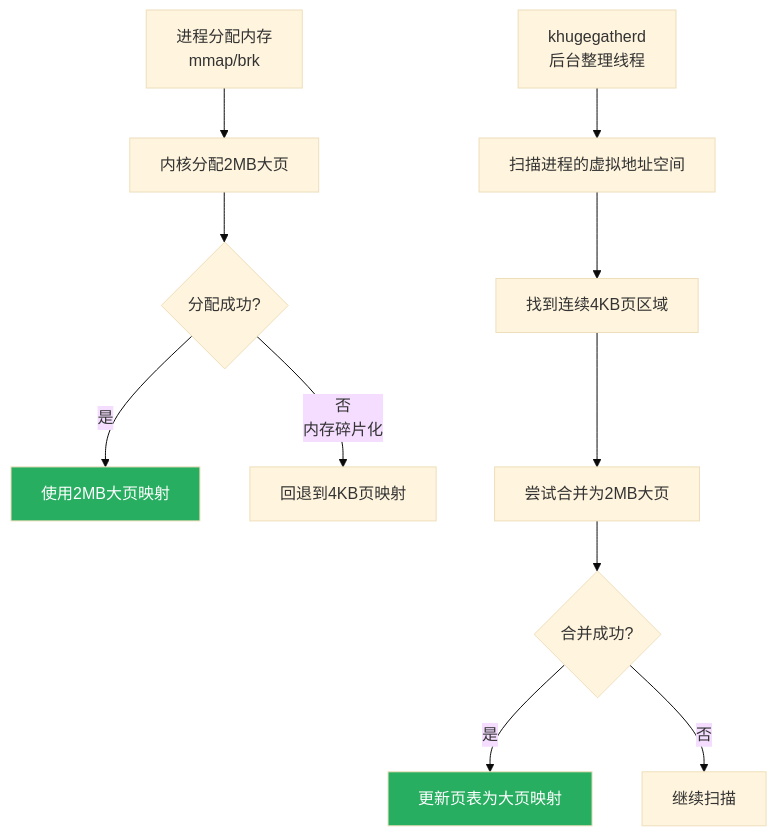
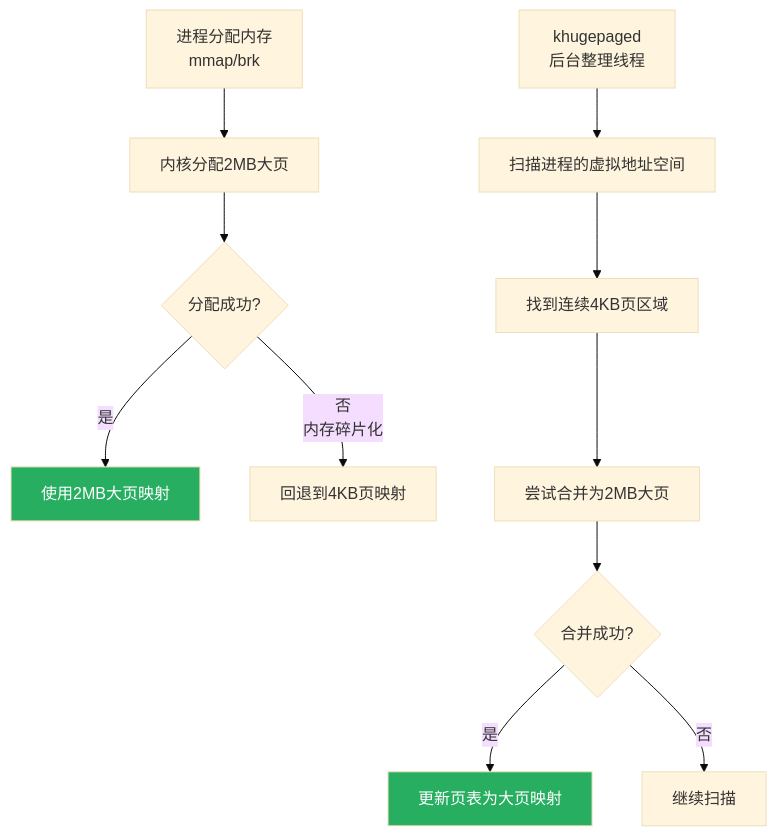
Before and after one commit to moklgydocs/moklgydocs.github.io: diagram 13 of 16 in src/Linux/06_内核级/02_内存管理机制.md, drawn with Mermaid (base theme). The commit also changed other lines of this file and 9 other files, not shown here.

````diff
--- a/src/Linux/06_内核级/02_内存管理机制.md
+++ b/src/Linux/06_内核级/02_内存管理机制.md
@@ -1077,17 +1082,17 @@
 ```mermaid
 flowchart TD
     A[进程分配内存<br/>mmap/brk] --> B[内核分配2MB大页]
     B --> C{分配成功?}
     C -->|是| D[使用2MB大页映射]
     C -->|否<br/>内存碎片化| E[回退到4KB页映射]
 
-    F[khugegatherd<br/>后台整理线程] --> G[扫描进程的虚拟地址空间]
+    F[khugepaged<br/>后台整理线程] --> G[扫描进程的虚拟地址空间]
     G --> H[找到连续4KB页区域]
     H --> I[尝试合并为2MB大页]
     I --> J{合并成功?}
     J -->|是| K[更新页表为大页映射]
     J -->|否| L[继续扫描]
 
     style D fill:#27ae60,color:#fff
     style K fill:#27ae60,color:#fff
 ```
````
